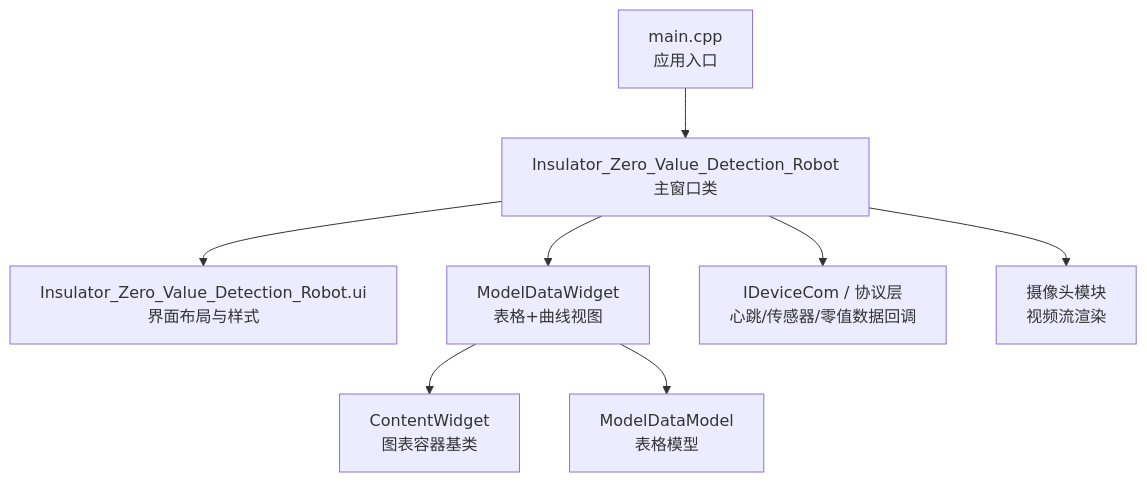
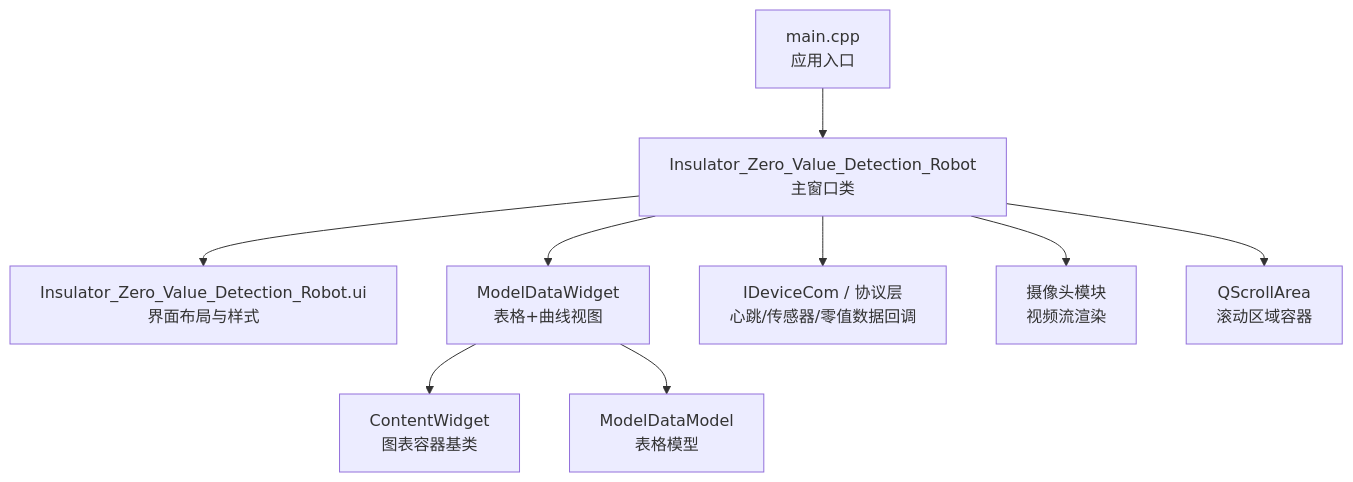
Before and after one commit to yangreest/Zero-value-Insulator-Robot-V2: the first of 11 diagrams in .qoder/repowiki/zh/content/用户手册/检测工作流程/检测执行阶段/实时监控界面.md, drawn with Mermaid. The commit also changed other lines of this file and 22 other files, not shown here.

````diff
--- a/.qoder/repowiki/zh/content/用户手册/检测工作流程/检测执行阶段/实时监控界面.md
+++ b/.qoder/repowiki/zh/content/用户手册/检测工作流程/检测执行阶段/实时监控界面.md
@@ -47,10 +48,11 @@
 ```mermaid
 graph TB
 A["main.cpp<br/>应用入口"] --> B["Insulator_Zero_Value_Detection_Robot<br/>主窗口类"]
 B --> C["Insulator_Zero_Value_Detection_Robot.ui<br/>界面布局与样式"]
 B --> D["ModelDataWidget<br/>表格+曲线视图"]
 D --> E["ContentWidget<br/>图表容器基类"]
 D --> F["ModelDataModel<br/>表格模型"]
 B --> G["IDeviceCom / 协议层<br/>心跳/传感器/零值数据回调"]
 B --> H["摄像头模块<br/>视频流渲染"]
+B --> I["QScrollArea<br/>滚动区域容器"]
 ```
````
